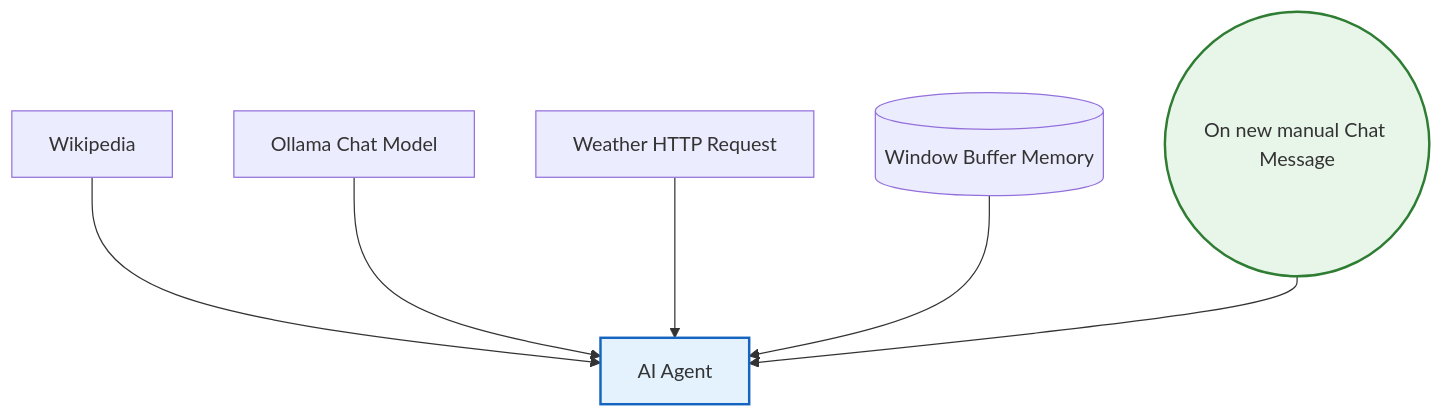
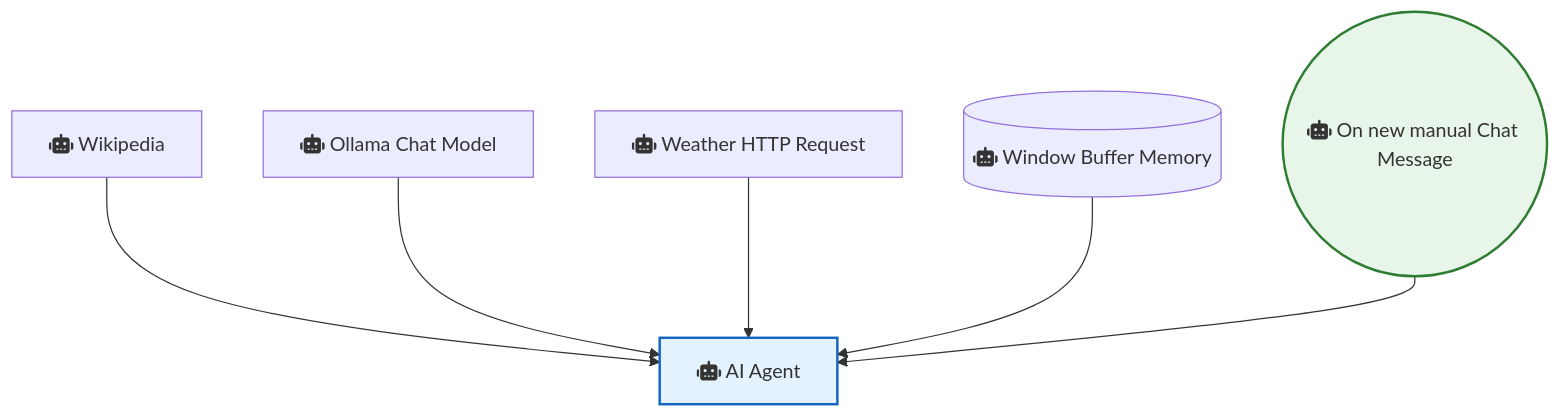
Before and after one commit to sreyash3105/N8N-DEMO-AUTOMATIONS: the diagram in OpenAI_and_LLMs/AI Agent with Ollama for current weather and wiki.md, drawn with Mermaid. The commit also changed 291 other files, not shown here.

````diff
--- a/OpenAI_and_LLMs/AI Agent with Ollama for current weather and wiki.md
+++ b/OpenAI_and_LLMs/AI Agent with Ollama for current weather and wiki.md
@@ -1,19 +1,19 @@
 ```mermaid
 graph TD
     classDef trigger fill:#e8f5e9,stroke:#2e7d32,stroke-width:2px;
     classDef ai fill:#e3f2fd,stroke:#1565c0,stroke-width:2px;
     classDef logic fill:#fff3e0,stroke:#ef6c00,stroke-width:2px;
 
-    On_new_manual_Chat_Message(("On new manual Chat Message")):::trigger
-    Wikipedia["Wikipedia"]
-    Window_Buffer_Memory[("Window Buffer Memory")]
-    AI_Agent["AI Agent"]:::ai
-    Weather_HTTP_Request["Weather HTTP Request"]
-    Ollama_Chat_Model["Ollama Chat Model"]
+    On_new_manual_Chat_Message(("fas:fa-robot On new manual Chat Message")):::trigger
+    Wikipedia["fas:fa-robot Wikipedia"]
+    Window_Buffer_Memory[("fas:fa-robot Window Buffer Memory")]
+    AI_Agent["fas:fa-robot AI Agent"]:::ai
+    Weather_HTTP_Request["fas:fa-robot Weather HTTP Request"]
+    Ollama_Chat_Model["fas:fa-robot Ollama Chat Model"]
 
     Wikipedia --> AI_Agent
     Ollama_Chat_Model --> AI_Agent
     Weather_HTTP_Request --> AI_Agent
     Window_Buffer_Memory --> AI_Agent
     On_new_manual_Chat_Message --> AI_Agent
 ```
````
